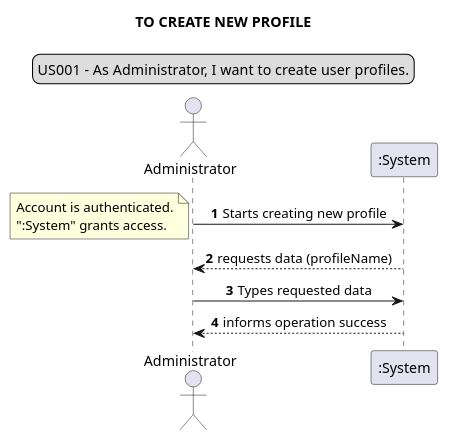
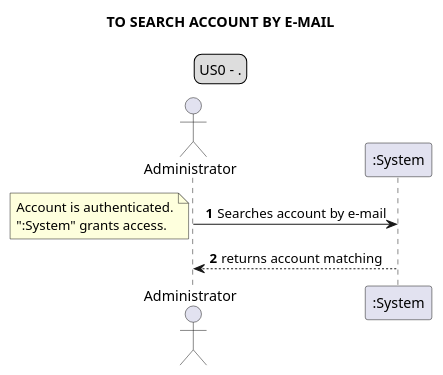
The first of 23 diagrams in docs/requirements_gathering/system_sequence_diagrams/systemSequenceDiagram.puml (Loracline/project_switch_22-23), drawn with PlantUML before and after one commit. The commit also changed other lines of this file and 23 other files, not shown here.

```diff
--- a/docs/requirements_gathering/system_sequence_diagrams/systemSequenceDiagram.puml
+++ b/docs/requirements_gathering/system_sequence_diagrams/systemSequenceDiagram.puml
@@ -1,17 +1,15 @@
 @startuml
+legend top
+US0 - .
+end legend
 skinparam sequenceMessageAlign center
-title TO CREATE NEW PROFILE
-legend top
-US001 - As Administrator, I want to create user profiles.
-end legend
+title TO SEARCH ACCOUNT BY E-MAIL
+actor Administrator
 autonumber
-actor Administrator
-Administrator  -> ":System": Starts creating new profile
+Administrator -> ":System": Searches account by e-mail
 note left
 Account is authenticated.
 ":System" grants access.
 end note
-":System" --> Administrator: requests data (profileName)
-Administrator -> ":System": Types requested data
-":System" --> Administrator: informs operation success
+":System" --> Administrator: returns account matching
 @enduml
```
